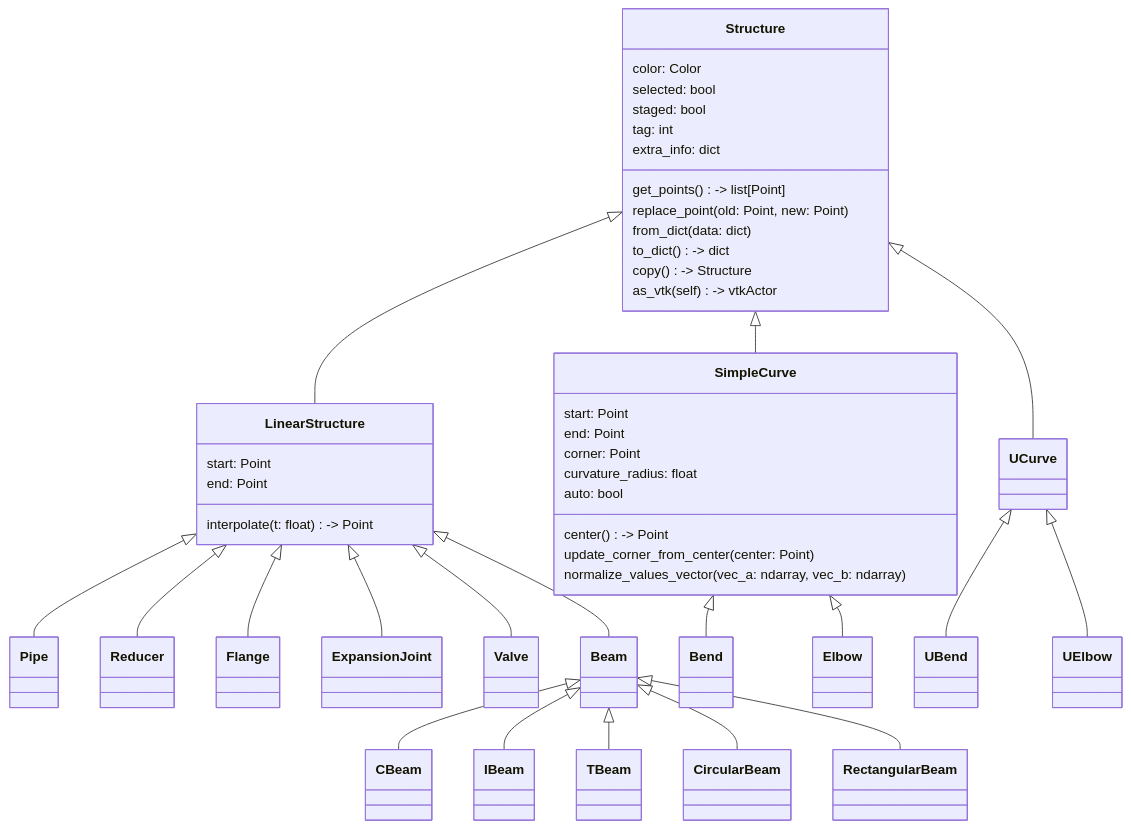
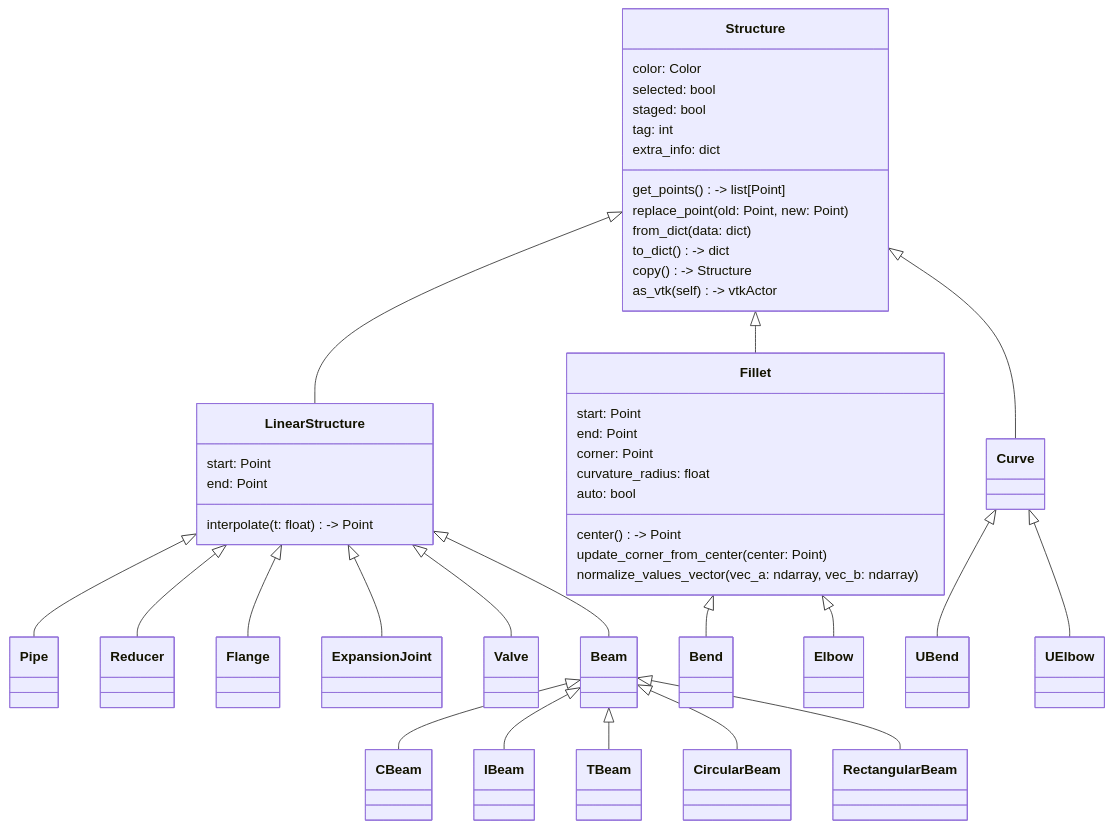
The diagram in pulse/editor/structures/README.md (open-pulse/OpenPulse), drawn with Mermaid before and after one commit. The commit also changed 4 other files, not shown here.

Commit message:
rename file from simple_curve to fillet

````diff
--- a/pulse/editor/structures/README.md
+++ b/pulse/editor/structures/README.md
@@ -1,66 +1,66 @@
 ```mermaid
 classDiagram
 
 Structure <|-- LinearStructure
-Structure <|-- SimpleCurve
-Structure <|-- UCurve
+Structure <|-- Fillet
+Structure <|-- Curve
 
 LinearStructure <|-- Pipe
 LinearStructure <|-- Reducer
 LinearStructure <|-- Flange
 LinearStructure <|-- ExpansionJoint
 LinearStructure <|-- Valve
 LinearStructure <|-- Beam
 
 Beam <|-- CBeam
 Beam <|-- IBeam
 Beam <|-- TBeam
 Beam <|-- CircularBeam
 Beam <|-- RectangularBeam
 
-SimpleCurve <|-- Bend
-SimpleCurve <|-- Elbow
+Fillet <|-- Bend
+Fillet <|-- Elbow
 
-UCurve <|-- UBend
-UCurve <|-- UElbow
+Curve <|-- UBend
+Curve <|-- UElbow
 
 class Structure {
     color: Color
 
     selected: bool
     staged: bool
 
     tag: int
     extra_info: dict
 
     get_points() -> list[Point]
     replace_point(old: Point, new: Point)
 
     from_dict(data: dict)
     to_dict() -> dict
     
     copy() -> Structure
     as_vtk(self) -> vtkActor
 }
 
 class LinearStructure {
     start: Point
     end: Point
 
     interpolate(t: float) -> Point
 }
 
-class SimpleCurve {
+class Fillet {
     start: Point
     end: Point
     corner: Point
     curvature_radius: float
     auto: bool
 
     center() -> Point
     update_corner_from_center(center: Point)
     normalize_values_vector(vec_a: ndarray, vec_b: ndarray)
     
 }
 
 ```
````
